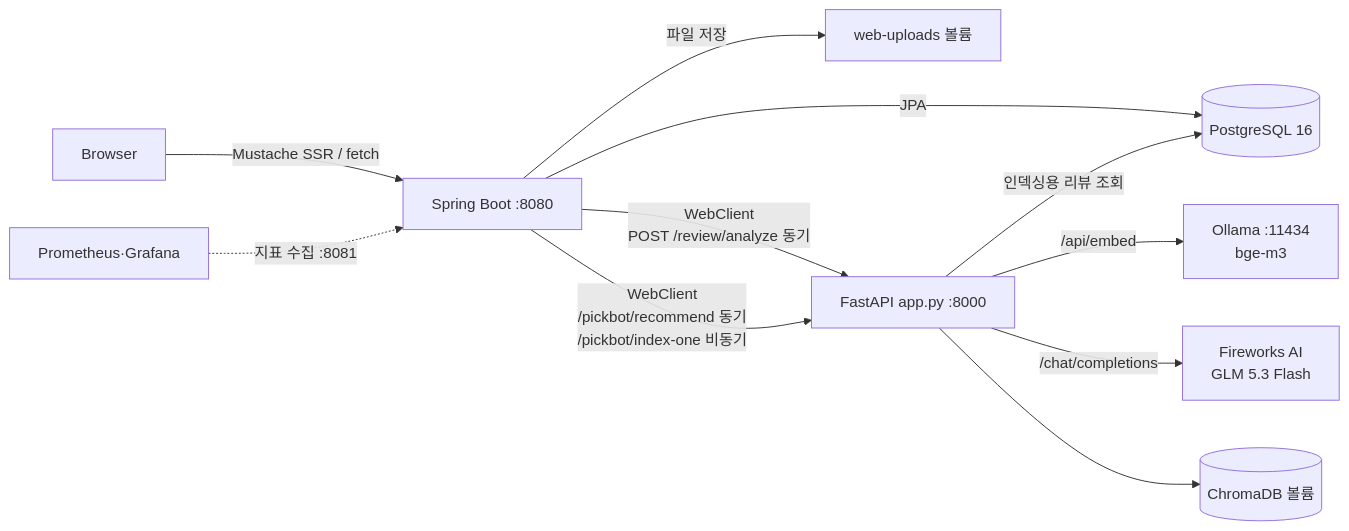
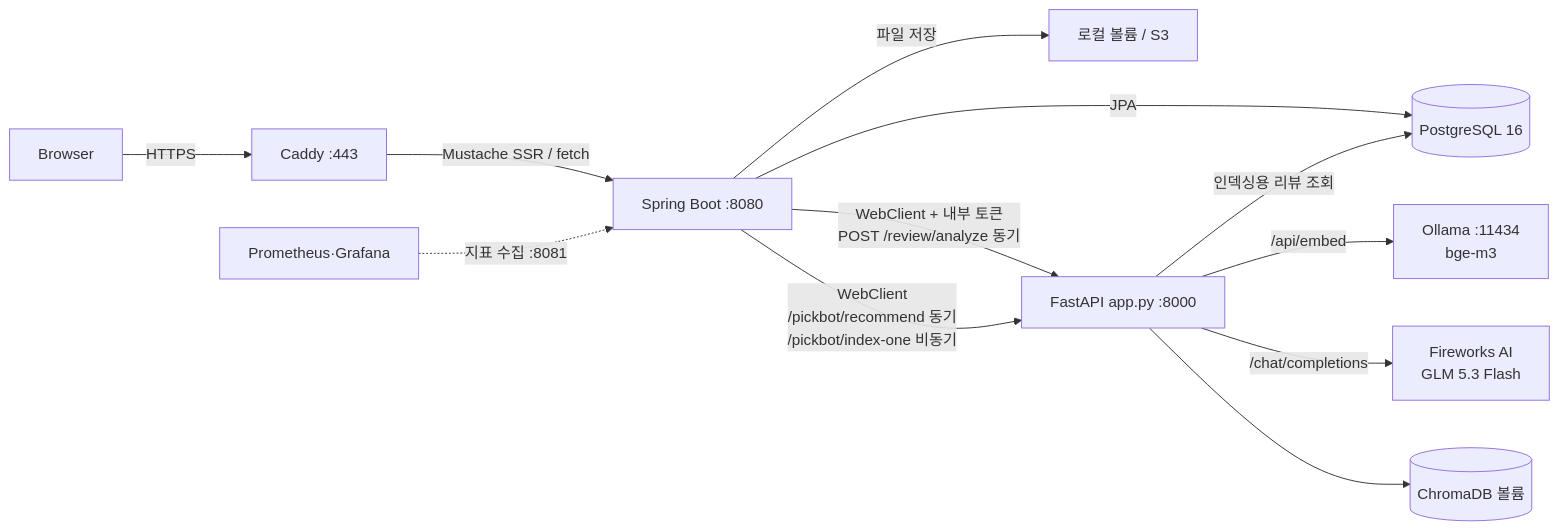
Before and after one commit to HsH1121/MyPickCafe: the diagram in README.md, drawn with Mermaid. The commit also changed other lines of this file and 1 other file, not shown here.

First line of the commit message:
docs: README·ARCHITECTURE 에 10-13 이후 변경 사항 반영

````diff
--- a/README.md
+++ b/README.md
@@ -24,13 +26,14 @@
 ```mermaid
 flowchart LR
-    B[Browser] -->|Mustache SSR / fetch| S[Spring Boot :8080]
+    B[Browser] -->|HTTPS| CA[Caddy :443]
+    CA -->|Mustache SSR / fetch| S[Spring Boot :8080]
     S -->|JPA| P[(PostgreSQL 16)]
-    S -->|파일 저장| U[web-uploads 볼륨]
-    S -->|WebClient<br/>POST /review/analyze 동기| F[FastAPI app.py :8000]
+    S -->|파일 저장| U[로컬 볼륨 / S3]
+    S -->|WebClient + 내부 토큰<br/>POST /review/analyze 동기| F[FastAPI app.py :8000]
     S -->|WebClient<br/>/pickbot/recommend 동기<br/>/pickbot/index-one 비동기| F
     F -->|/api/embed| O[Ollama :11434<br/>bge-m3]
     F -->|/chat/completions| L[Fireworks AI<br/>GLM 5.3 Flash]
     F -->|인덱싱용 리뷰 조회| P
     F --> C[(ChromaDB 볼륨)]
     M[Prometheus·Grafana] -.->|지표 수집 :8081| S
 ```
````
